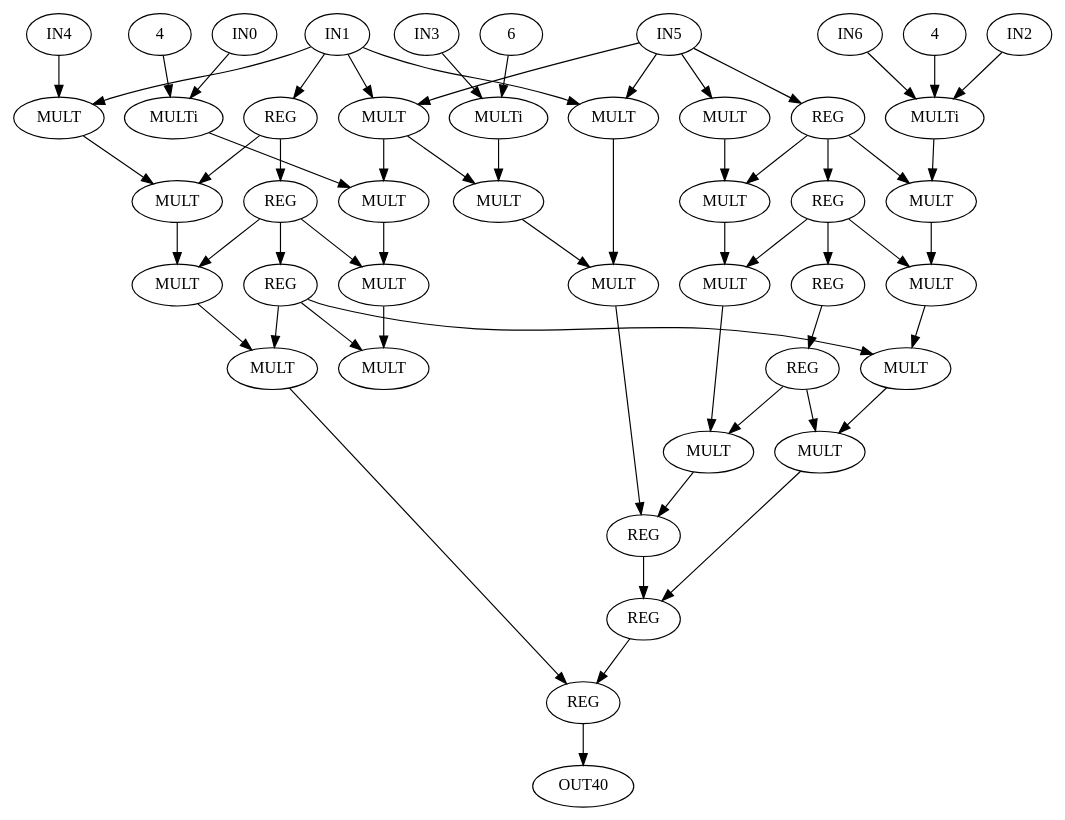
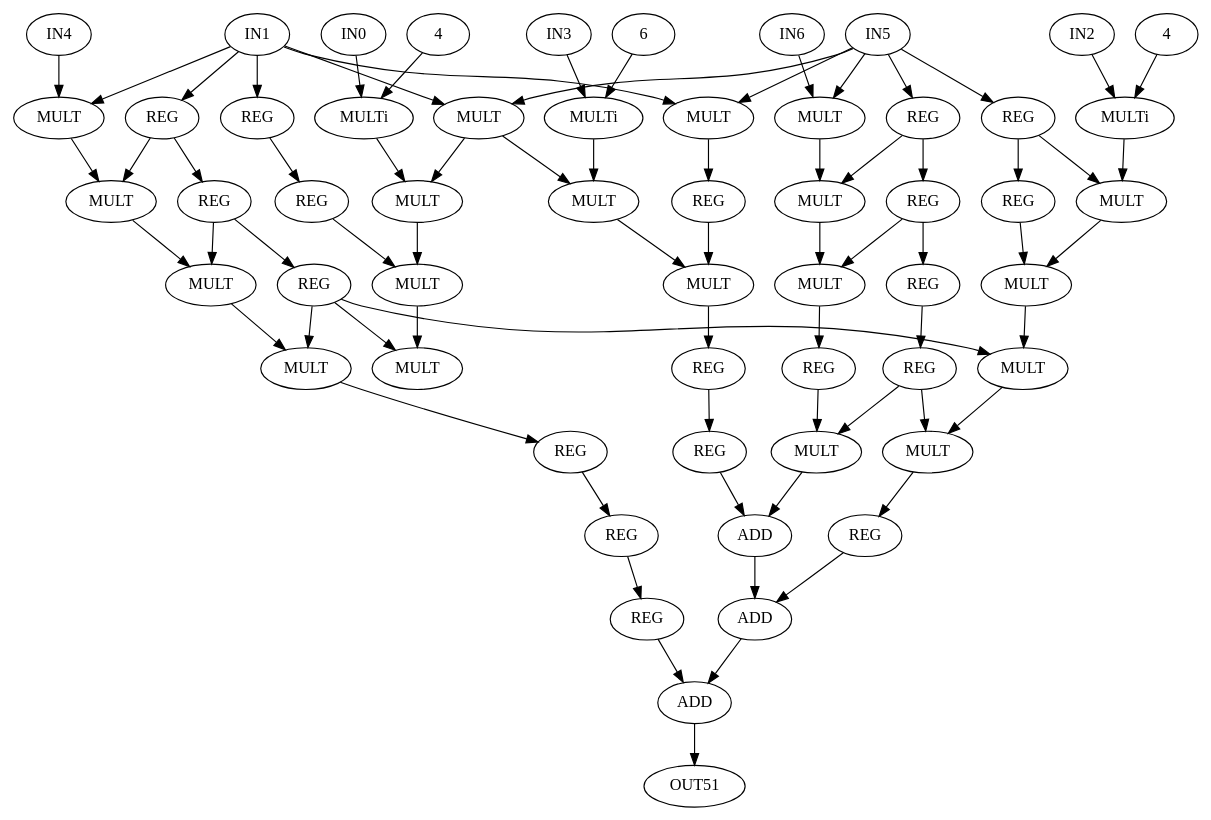
Before and after one commit to lesc-ufv/fdam: the diagram in fdam-samples/fdam-cgra-samples/cgra_128_radix8/sw/cpp/dot_dataflows/qspline.dot, drawn with Graphviz. The commit also changed 11 other files, not shown here.

```diff
--- a/fdam-samples/fdam-cgra-samples/cgra_128_radix8/sw/cpp/dot_dataflows/qspline.dot
+++ b/fdam-samples/fdam-cgra-samples/cgra_128_radix8/sw/cpp/dot_dataflows/qspline.dot
@@ -1,103 +1,127 @@
-digraph Qspline{
+digraph Qslpine{
  0 [ label = IN0 ]
  1 [ label = IN1 ]
  2 [ label = IN2 ]
  3 [ label = IN3 ]
  4 [ label = IN4 ]
  5 [ label = IN5 ]
  6 [ label = IN6 ]
  7 [ label = REG]
  8 [ label = REG]
  9 [ label = REG]
  10 [ label = REG]
  11 [ label = REG]
  12 [ label = REG]
  13 [ label = REG]
- 14 [ label = MULT]
- 15 [ label = MULT]
- 16 [ label = MULTi, VALUE = 6]
- "16.6"[ label = 6 ]
- 17 [ label = MULT]
- 18 [ label = MULTi, VALUE = 4]
- "18.4"[ label = 4 ]
- 19 [ label = MULT]
- 20 [ label = MULTi, VALUE = 4]
- "20.4"[ label = 4 ]
- 21 [ label = MULT]
- 22 [ label = MULT]
- 23 [ label = MULT]
- 24 [ label = MULT]
- 25 [ label = MULT]
+ 14 [ label = REG]
+ 15 [ label = REG]
+ 16 [ label = REG]
+ 17 [ label = REG]
+ 18 [ label = REG]
+ 19 [ label = REG]
+ 20 [ label = REG]
+ 21 [ label = REG]
+ 22 [ label = REG]
+ 23 [ label = REG]
+ 24 [ label = REG]
+ 25 [ label = REG]
  26 [ label = MULT]
  27 [ label = MULT]
- 28 [ label = MULT]
+ 28 [ label = MULTi, VALUE = 6]
+ "28.6"[ label = 6 ]
  29 [ label = MULT]
- 30 [ label = MULT]
+ 30 [ label = MULTi, VALUE = 4]
+ "30.4"[ label = 4 ]
  31 [ label = MULT]
- 32 [ label = MULT]
+ 32 [ label = MULTi, VALUE = 4]
+ "32.4"[ label = 4 ]
  33 [ label = MULT]
  34 [ label = MULT]
- 35 [ label = REG]
+ 35 [ label = MULT]
  36 [ label = MULT]
- 37 [ label = REG]
- 38 [ label = REG]
- 40 [ label = OUT40 ]
- 0 -> 18
- 1 -> 14
- 1 -> 15
- 1 -> 17
+ 37 [ label = MULT]
+ 38 [ label = MULT]
+ 39 [ label = MULT]
+ 40 [ label = MULT]
+ 41 [ label = MULT]
+ 42 [ label = MULT]
+ 43 [ label = MULT]
+ 44 [ label = MULT]
+ 45 [ label = MULT]
+ 46 [ label = MULT]
+ 47 [ label = ADD]
+ 48 [ label = MULT]
+ 49 [ label = ADD]
+ 50 [ label = ADD]
+ 51 [ label = OUT51 ]
+ 0 -> 30
+ 1 -> 26
+ 1 -> 27
+ 1 -> 29
+ 1 -> 10
  1 -> 7
- 2 -> 20
- 3 -> 16
- 4 -> 14
- 5 -> 19
- 5 -> 15
- 5 -> 17
- 5 -> 10
- 6 -> 20
+ 2 -> 32
+ 3 -> 28
+ 4 -> 26
+ 5 -> 31
+ 5 -> 27
+ 5 -> 29
+ 5 -> 12
+ 5 -> 16
+ 6 -> 31
  7 -> 8
- 7 -> 21
+ 7 -> 33
  8 -> 9
- 8 -> 26
- 8 -> 27
- 9 -> 31
- 9 -> 32
- 9 -> 34
+ 8 -> 38
+ 9 -> 43
+ 9 -> 44
+ 9 -> 46
  10 -> 11
- 10 -> 24
- 10 -> 25
- 11 -> 12
- 11 -> 29
- 11 -> 30
+ 11 -> 39
  12 -> 13
- 13 -> 33
- 13 -> 36
- 14 -> 21
- 15 -> 28
- "16.6" -> 16
- 16 -> 22
- 17 -> 22
- 17 -> 23
- "18.4" -> 18
- 18 -> 23
- 19 -> 24
- "20.4" -> 20
- 20 -> 25
- 21 -> 26
- 22 -> 28
- 23 -> 27
- 24 -> 29
- 25 -> 30
- 26 -> 31
- 27 -> 32
- 28 -> 35
- 29 -> 33
- 30 -> 34
- 31 -> 38
- 33 -> 35
- 34 -> 36
- 35 -> 37
- 36 -> 37
- 37 -> 38
- 38 -> 40
+ 12 -> 36
+ 13 -> 14
+ 13 -> 41
+ 14 -> 15
+ 15 -> 45
+ 15 -> 48
+ 16 -> 17
+ 16 -> 37
+ 17 -> 42
+ 18 -> 19
+ 19 -> 20
+ 20 -> 50
+ 21 -> 40
+ 22 -> 23
+ 23 -> 47
+ 24 -> 45
+ 25 -> 49
+ 26 -> 33
+ 27 -> 21
+ "28.6" -> 28
+ 28 -> 34
+ 29 -> 34
+ 29 -> 35
+ "30.4" -> 30
+ 30 -> 35
+ 31 -> 36
+ "32.4" -> 32
+ 32 -> 37
+ 33 -> 38
+ 34 -> 40
+ 35 -> 39
+ 36 -> 41
+ 37 -> 42
+ 38 -> 43
+ 39 -> 44
+ 40 -> 22
+ 41 -> 24
+ 42 -> 46
+ 43 -> 18
+ 45 -> 47
+ 46 -> 48
+ 47 -> 49
+ 48 -> 25
+ 49 -> 50
+ 50 -> 51
 }
```
